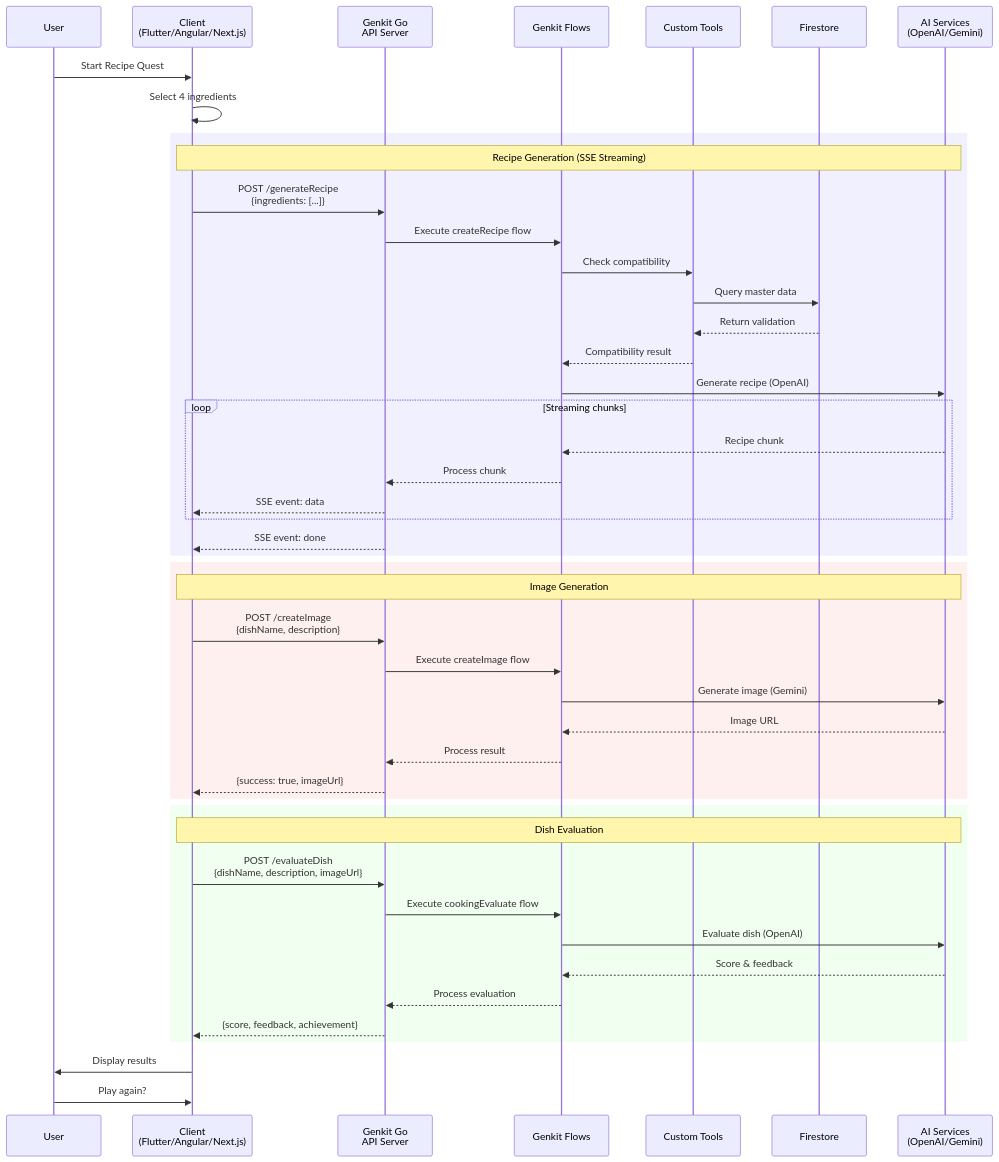
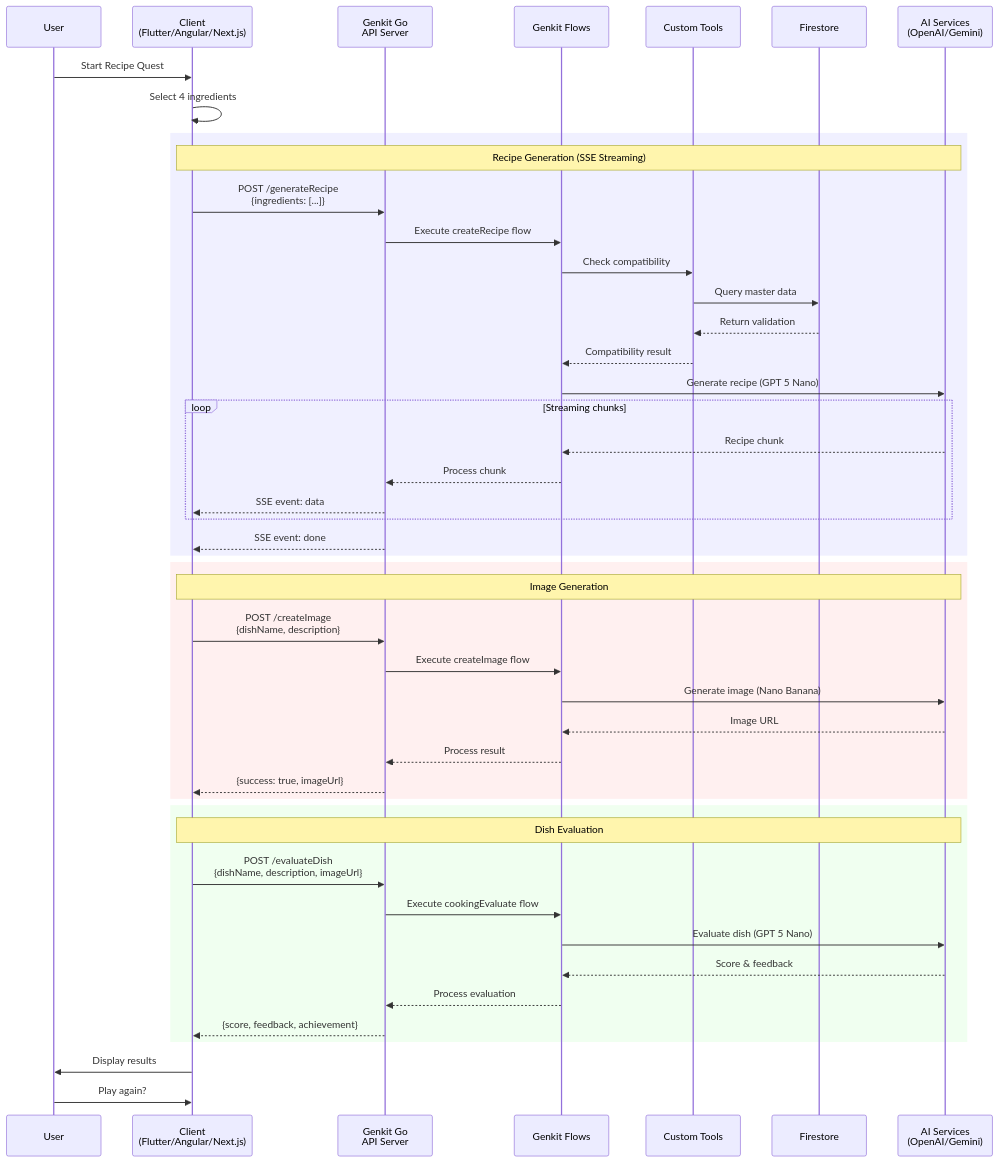
Before and after one commit to mastering-genkit/mastering-genkit-go: the diagram in src/diagrams/chapter-15/sequence.md, drawn with Mermaid. The commit also changed 3 other files, not shown here.

Commit message:
chore: diagrams

````diff
--- a/src/diagrams/chapter-15/sequence.md
+++ b/src/diagrams/chapter-15/sequence.md
@@ -1,55 +1,55 @@
 ```mermaid
 sequenceDiagram
     participant User
     participant Client as Client<br/>(Flutter/Angular/Next.js)
     participant API as Genkit Go<br/>API Server
     participant Flow as Genkit Flows
     participant Tool as Custom Tools
     participant DB as Firestore
     participant AI as AI Services<br/>(OpenAI/Gemini)
     
     User->>Client: Start Recipe Quest
     Client->>Client: Select 4 ingredients
     
     rect rgb(240, 240, 255)
         Note over Client,AI: Recipe Generation (SSE Streaming)
         Client->>API: POST /generateRecipe<br/>{ingredients: [...]}
         API->>Flow: Execute createRecipe flow
         Flow->>Tool: Check compatibility
         Tool->>DB: Query master data
         DB-->>Tool: Return validation
         Tool-->>Flow: Compatibility result
-        Flow->>AI: Generate recipe (OpenAI)
+        Flow->>AI: Generate recipe (GPT 5 Nano)
         
         loop Streaming chunks
             AI-->>Flow: Recipe chunk
             Flow-->>API: Process chunk
             API-->>Client: SSE event: data
         end
         
         API-->>Client: SSE event: done
     end
     
     rect rgb(255, 240, 240)
         Note over Client,AI: Image Generation
         Client->>API: POST /createImage<br/>{dishName, description}
         API->>Flow: Execute createImage flow
-        Flow->>AI: Generate image (Gemini)
+        Flow->>AI: Generate image (Nano Banana)
         AI-->>Flow: Image URL
         Flow-->>API: Process result
         API-->>Client: {success: true, imageUrl}
     end
     
     rect rgb(240, 255, 240)
         Note over Client,AI: Dish Evaluation
         Client->>API: POST /evaluateDish<br/>{dishName, description, imageUrl}
         API->>Flow: Execute cookingEvaluate flow
-        Flow->>AI: Evaluate dish (OpenAI)
+        Flow->>AI: Evaluate dish (GPT 5 Nano)
         AI-->>Flow: Score & feedback
         Flow-->>API: Process evaluation
         API-->>Client: {score, feedback, achievement}
     end
     
     Client->>User: Display results
     User->>Client: Play again?
 ```
````
